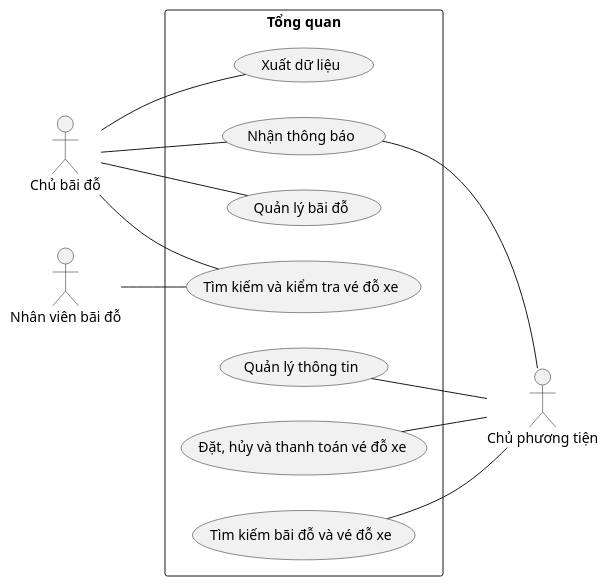
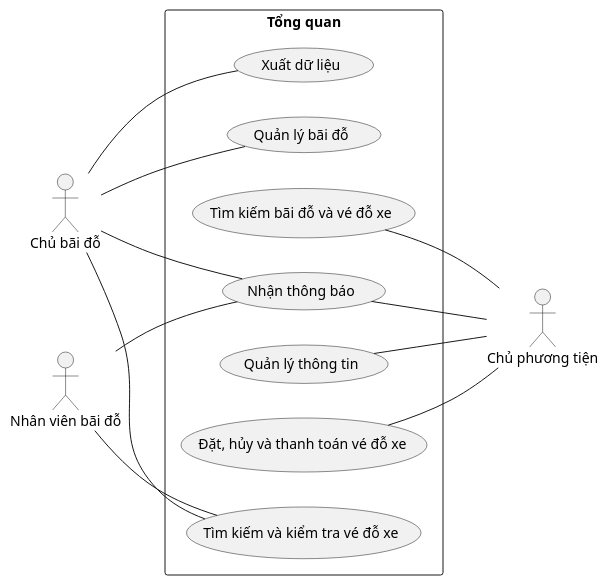
Before and after one commit to hieutbui/graduation-diagram: the diagram in usecase/general.wsd, drawn with PlantUML.

Commit message:
Add missing at overall use case

```diff
--- a/usecase/general.wsd
+++ b/usecase/general.wsd
@@ -1,25 +1,26 @@
 @startuml general
 
 left to right direction
 skinparam packageStyle rect
 
 actor "Chủ bãi đỗ" as ParkingOwner
 actor "Nhân viên bãi đỗ" as ParkingStaff
 
 actor "Chủ phương tiện" as VehicleOwner
 
 rectangle "Tổng quan" as GeneralDiagram {
   'ParkingStaff'
     ParkingStaff -- (Tìm kiếm và kiểm tra vé đỗ xe)
+    ParkingStaff -- (Nhận thông báo)
   'ParkingOwner'
     ParkingOwner -- (Quản lý bãi đỗ)
     ParkingOwner -- (Tìm kiếm và kiểm tra vé đỗ xe)
     ParkingOwner -- (Xuất dữ liệu)
     ParkingOwner -- (Nhận thông báo)
   'VehicleOwner'
     (Nhận thông báo) - VehicleOwner
     (Quản lý thông tin) -- VehicleOwner
     (Đặt, hủy và thanh toán vé đỗ xe) -- VehicleOwner
     (Tìm kiếm bãi đỗ và vé đỗ xe) -- VehicleOwner
 }
 @enduml
```
